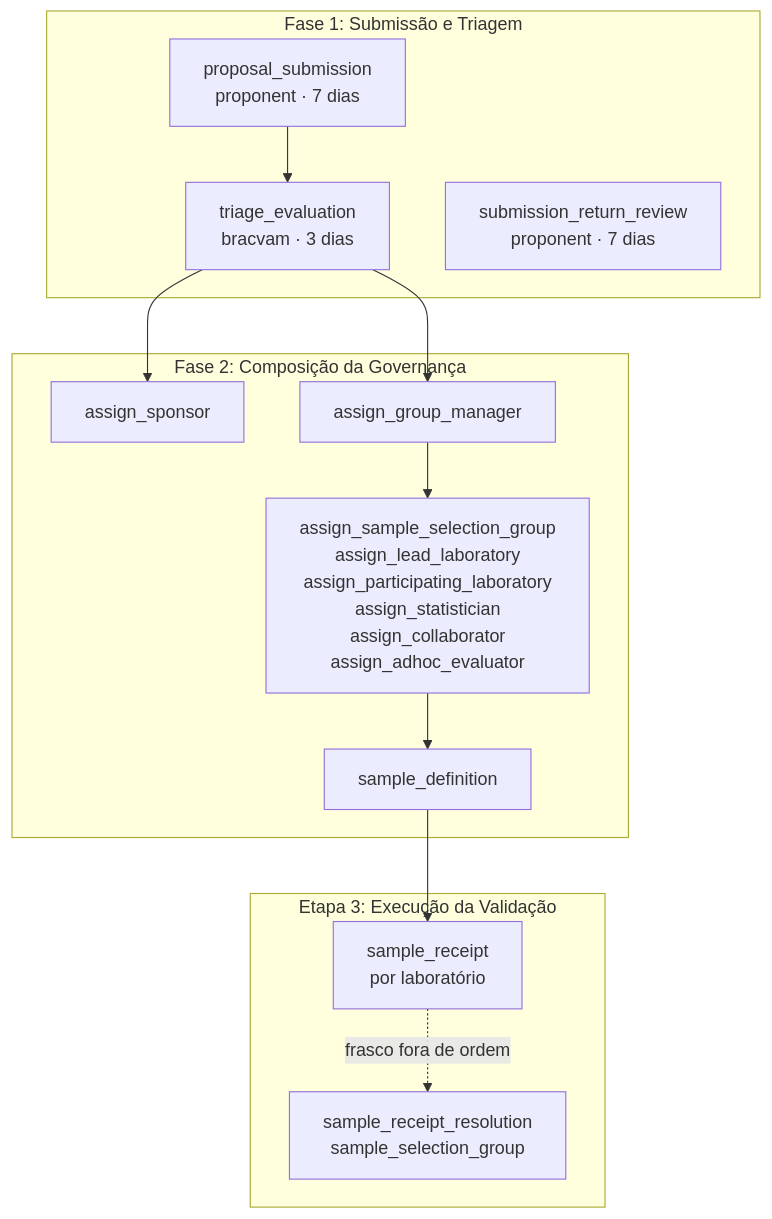
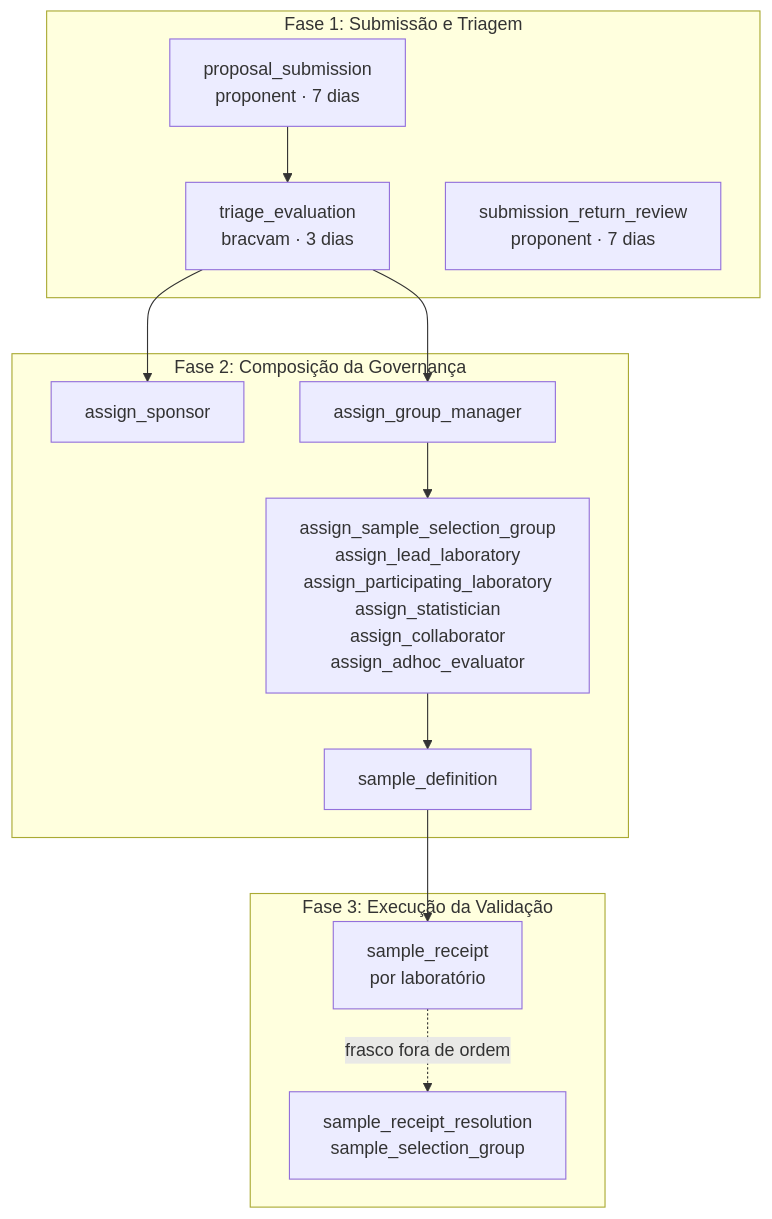
Before and after one commit to pivma-bracvam/pivma-back: the diagram in manual/referencia/templates.md, drawn with Mermaid. The commit also changed 2 other files, not shown here.

Commit message:
docs: alinha o manual ao recebimento por laboratório e ao fim do fluxo
O manual ainda dizia que nenhum template declarava atividade por
laboratório, mas sample_receipt já é executada por laboratório. Também
não dizia que o fluxo termina no recebimento e que o processo fica OPEN
sem tarefa pendente, porque não há encerramento por conclusão.

````diff
--- a/manual/referencia/templates.md
+++ b/manual/referencia/templates.md
@@ -19,20 +19,20 @@
 ```mermaid
 flowchart TD
     subgraph F1[Fase 1: Submissão e Triagem]
         PS[proposal_submission<br/>proponent · 7 dias] --> TE[triage_evaluation<br/>bracvam · 3 dias]
         RR[submission_return_review<br/>proponent · 7 dias]
     end
     subgraph F2[Fase 2: Composição da Governança]
         AS[assign_sponsor]
         AG[assign_group_manager] --> AX[assign_sample_selection_group<br/>assign_lead_laboratory<br/>assign_participating_laboratory<br/>assign_statistician<br/>assign_collaborator<br/>assign_adhoc_evaluator]
         AX --> SD[sample_definition]
     end
-    subgraph F3[Etapa 3: Execução da Validação]
+    subgraph F3[Fase 3: Execução da Validação]
         SR[sample_receipt<br/>por laboratório]
         RS[sample_receipt_resolution<br/>sample_selection_group]
     end
     TE --> AS
     TE --> AG
     SD --> SR
     SR -.->|frasco fora de ordem| RS
 ```
````
